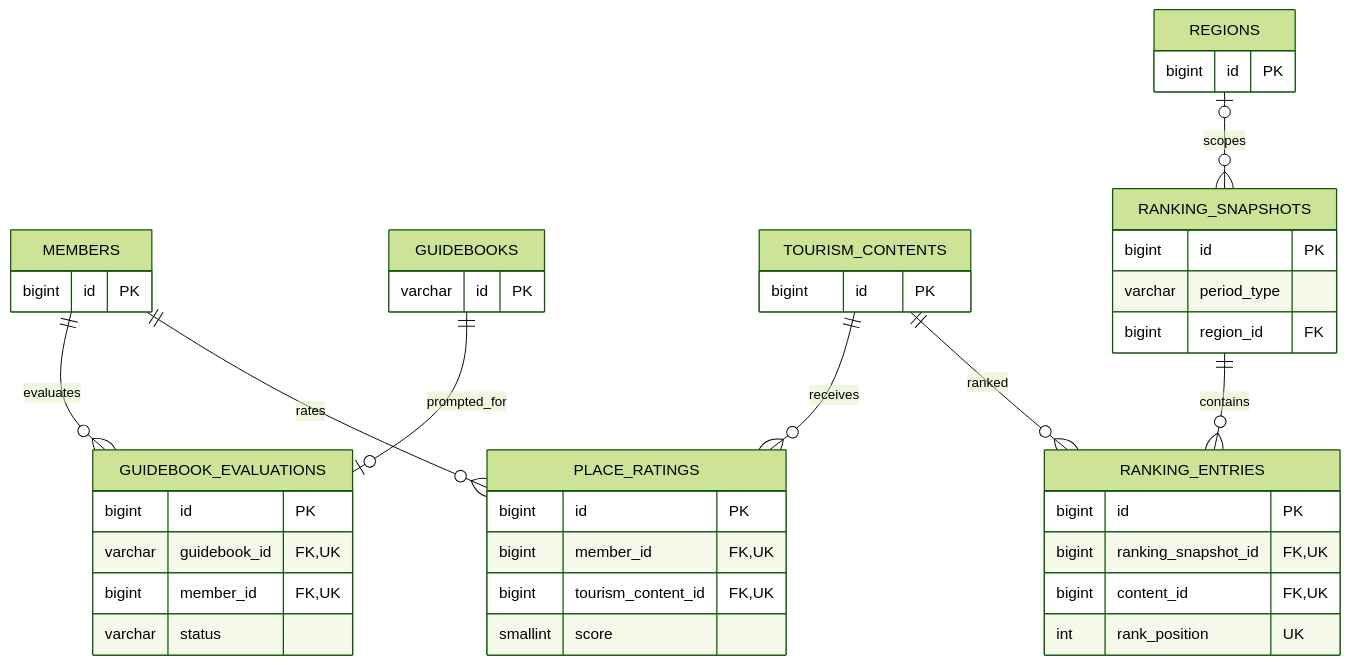
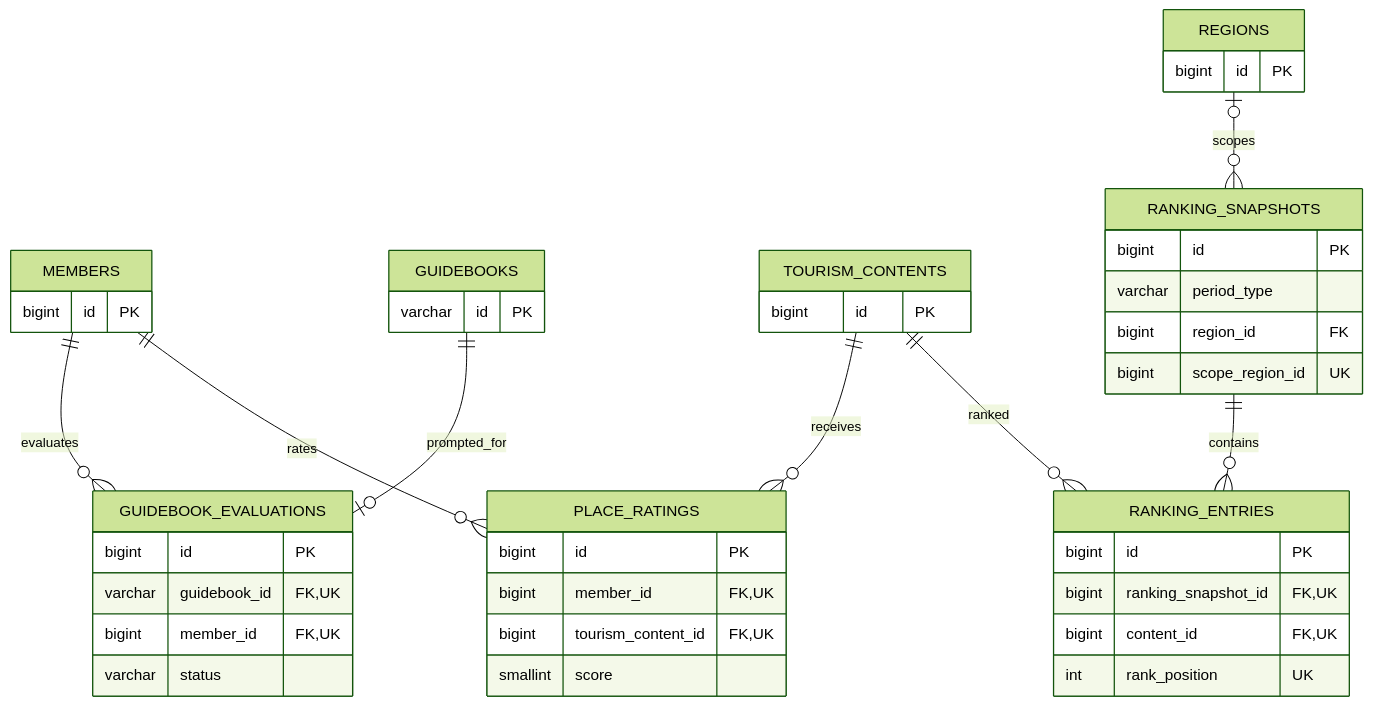
Before and after one commit to 100-hours-a-week/KTB4-10th-BE: the fourth of 5 diagrams in docs/ERD_테이블_설계_근거_검토본.md, drawn with Mermaid (forest theme). The commit also changed other lines of this file and 3 other files, not shown here.

```diff
--- a/docs/ERD_테이블_설계_근거_검토본.md
+++ b/docs/ERD_테이블_설계_근거_검토본.md
@@ -245,45 +252,46 @@
 ~~~mermaid
 erDiagram
     MEMBERS ||--o{ GUIDEBOOK_EVALUATIONS : evaluates
     GUIDEBOOKS ||--o| GUIDEBOOK_EVALUATIONS : prompted_for
     MEMBERS ||--o{ PLACE_RATINGS : rates
     TOURISM_CONTENTS ||--o{ PLACE_RATINGS : receives
     REGIONS o|--o{ RANKING_SNAPSHOTS : scopes
     RANKING_SNAPSHOTS ||--o{ RANKING_ENTRIES : contains
     TOURISM_CONTENTS ||--o{ RANKING_ENTRIES : ranked
     GUIDEBOOK_EVALUATIONS {
         bigint id PK
         varchar guidebook_id FK,UK
         bigint member_id FK,UK
         varchar status
     }
     PLACE_RATINGS {
         bigint id PK
         bigint member_id FK,UK
         bigint tourism_content_id FK,UK
         smallint score
     }
     RANKING_SNAPSHOTS {
         bigint id PK
         varchar period_type
         bigint region_id FK
+        bigint scope_region_id UK
     }
     RANKING_ENTRIES {
         bigint id PK
         bigint ranking_snapshot_id FK,UK
         bigint content_id FK,UK
         int rank_position UK
     }
     MEMBERS {
         bigint id PK
     }
     GUIDEBOOKS {
         varchar id PK
     }
     TOURISM_CONTENTS {
         bigint id PK
     }
     REGIONS {
         bigint id PK
     }
 ~~~
```
